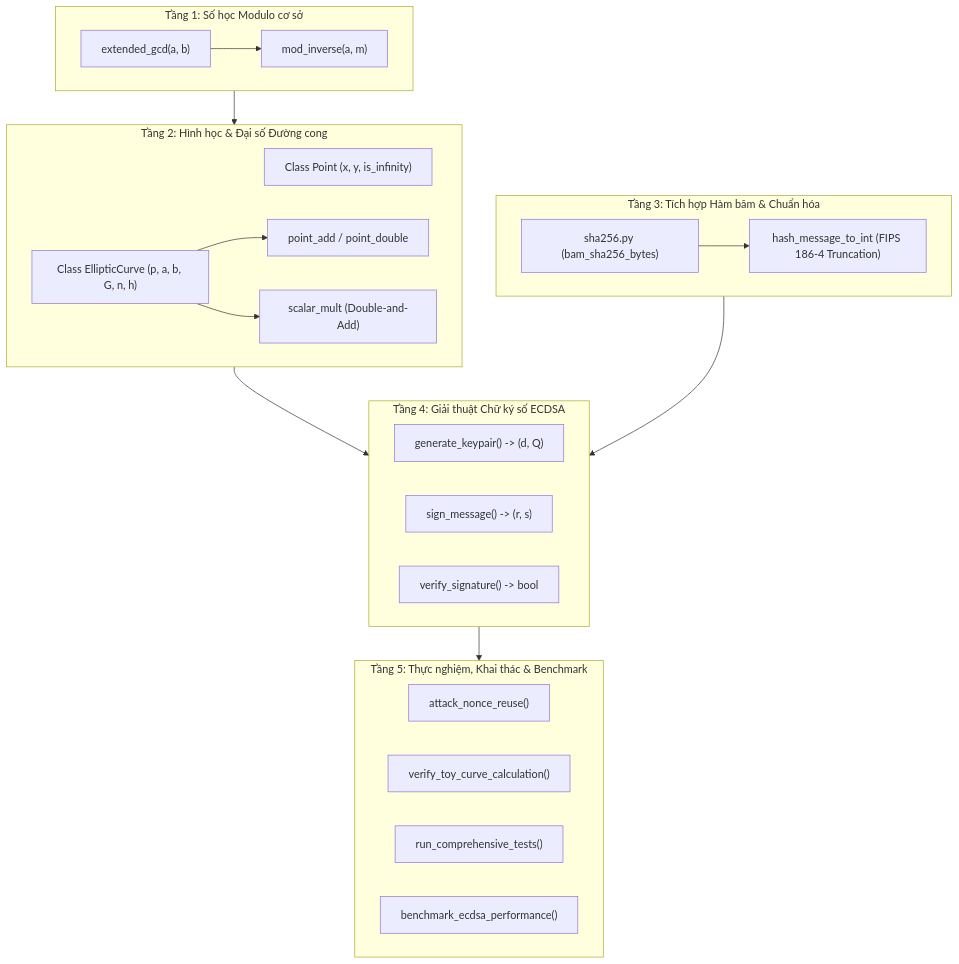
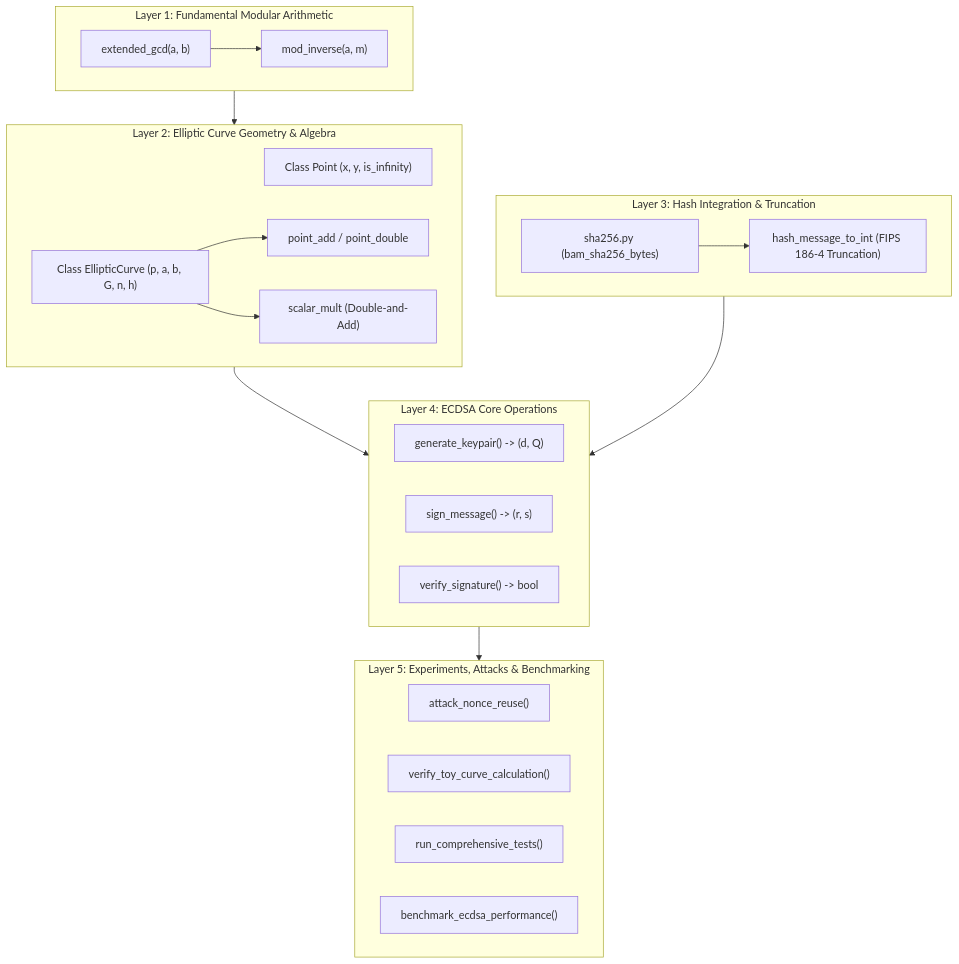
The sixth of 6 diagrams in docs/bao_cao_ecdsa.md (thuann2212/IS-TEXT-), drawn with Mermaid before and after one commit. The commit also changed other lines of this file and 5 other files, not shown here.

````diff
--- a/docs/bao_cao_ecdsa.md
+++ b/docs/bao_cao_ecdsa.md
@@ -592,30 +592,30 @@
 ```mermaid
 flowchart TD
-    subgraph Layer1["Tầng 1: Số học Modulo cơ sở"]
+    subgraph Layer1["Layer 1: Fundamental Modular Arithmetic"]
         A["extended_gcd(a, b)"] --> B["mod_inverse(a, m)"]
     end
-    subgraph Layer2["Tầng 2: Hình học & Đại số Đường cong"]
+    subgraph Layer2["Layer 2: Elliptic Curve Geometry & Algebra"]
         C["Class Point (x, y, is_infinity)"]
         D["Class EllipticCurve (p, a, b, G, n, h)"]
         D --> E["point_add / point_double"]
         D --> F["scalar_mult (Double-and-Add)"]
     end
-    subgraph Layer3["Tầng 3: Tích hợp Hàm băm & Chuẩn hóa"]
+    subgraph Layer3["Layer 3: Hash Integration & Truncation"]
         G["sha256.py (bam_sha256_bytes)"] --> H["hash_message_to_int (FIPS 186-4 Truncation)"]
     end
-    subgraph Layer4["Tầng 4: Giải thuật Chữ ký số ECDSA"]
+    subgraph Layer4["Layer 4: ECDSA Core Operations"]
         I["generate_keypair() -> (d, Q)"]
         J["sign_message() -> (r, s)"]
         K["verify_signature() -> bool"]
     end
-    subgraph Layer5["Tầng 5: Thực nghiệm, Khai thác & Benchmark"]
+    subgraph Layer5["Layer 5: Experiments, Attacks & Benchmarking"]
         L["attack_nonce_reuse()"]
         M["verify_toy_curve_calculation()"]
         N["run_comprehensive_tests()"]
         O["benchmark_ecdsa_performance()"]
     end
     Layer1 --> Layer2
     Layer2 --> Layer4
     Layer3 --> Layer4
     Layer4 --> Layer5
 ```
````
